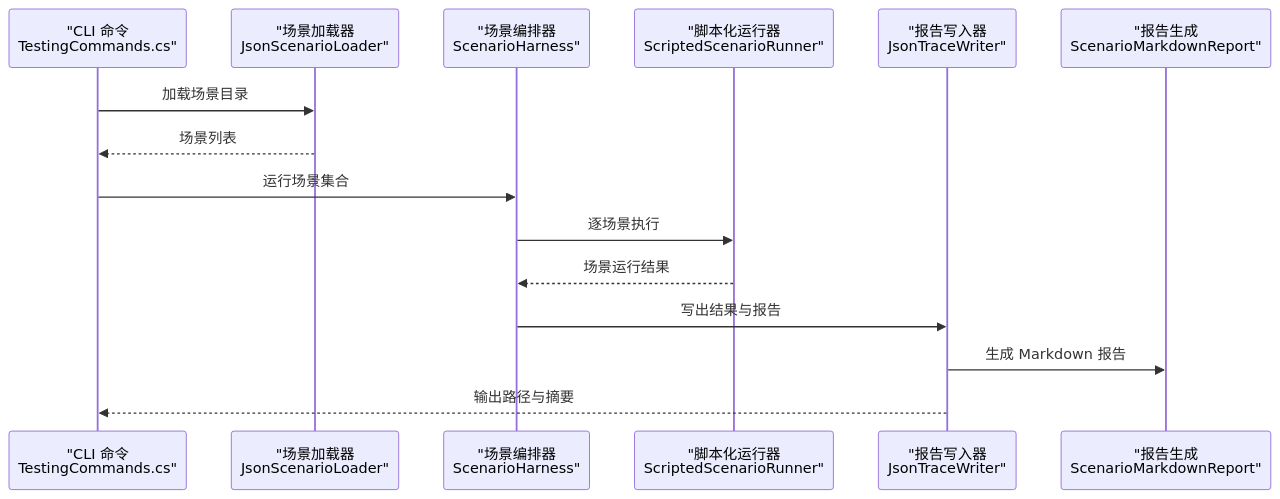
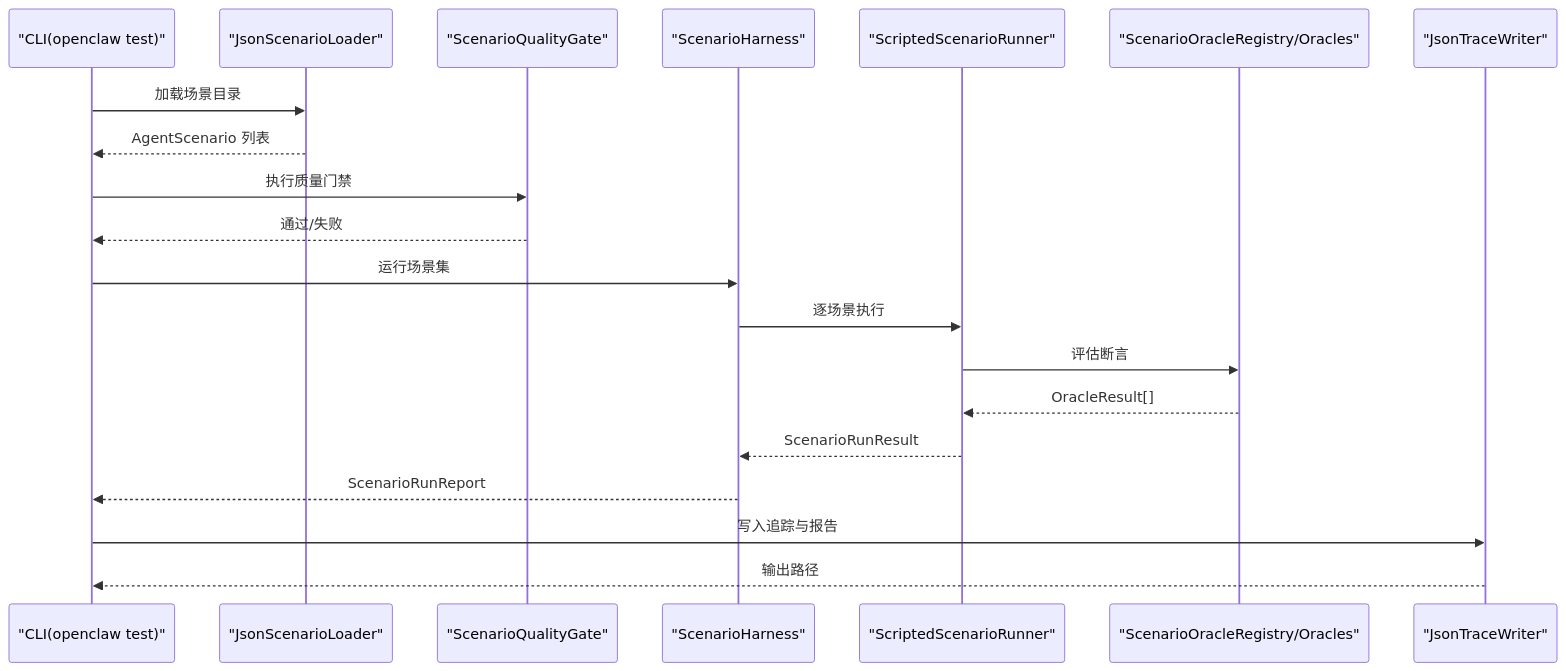
Before and after one commit to wayyet/kingcrab: the second of 9 diagrams in .qoder/repowiki/zh/content/测试框架/测试框架.md, drawn with Mermaid. The commit also changed other lines of this file and 431 other files, not shown here.

````diff
--- a/.qoder/repowiki/zh/content/测试框架/测试框架.md
+++ b/.qoder/repowiki/zh/content/测试框架/测试框架.md
@@ -108,17 +112,22 @@
 ```mermaid
 sequenceDiagram
-participant CLI as "CLI 命令<br/>TestingCommands.cs"
-participant Loader as "场景加载器<br/>JsonScenarioLoader"
-participant Harness as "场景编排器<br/>ScenarioHarness"
-participant Runner as "脚本化运行器<br/>ScriptedScenarioRunner"
-participant Writer as "报告写入器<br/>JsonTraceWriter"
-participant Report as "报告生成<br/>ScenarioMarkdownReport"
+participant CLI as "CLI(openclaw test)"
+participant Loader as "JsonScenarioLoader"
+participant Gate as "ScenarioQualityGate"
+participant Harness as "ScenarioHarness"
+participant Runner as "ScriptedScenarioRunner"
+participant Oracle as "ScenarioOracleRegistry/Oracles"
+participant Writer as "JsonTraceWriter"
 CLI->>Loader : 加载场景目录
-Loader-->>CLI : 场景列表
-CLI->>Harness : 运行场景集合
+Loader-->>CLI : AgentScenario 列表
+CLI->>Gate : 执行质量门禁
+Gate-->>CLI : 通过/失败
+CLI->>Harness : 运行场景集
 Harness->>Runner : 逐场景执行
-Runner-->>Harness : 场景运行结果
-Harness->>Writer : 写出结果与报告
-Writer->>Report : 生成 Markdown 报告
-Writer-->>CLI : 输出路径与摘要
+Runner->>Oracle : 评估断言
+Oracle-->>Runner : OracleResult[]
+Runner-->>Harness : ScenarioRunResult
+Harness-->>CLI : ScenarioRunReport
+CLI->>Writer : 写入追踪与报告
+Writer-->>CLI : 输出路径
 ```
````
